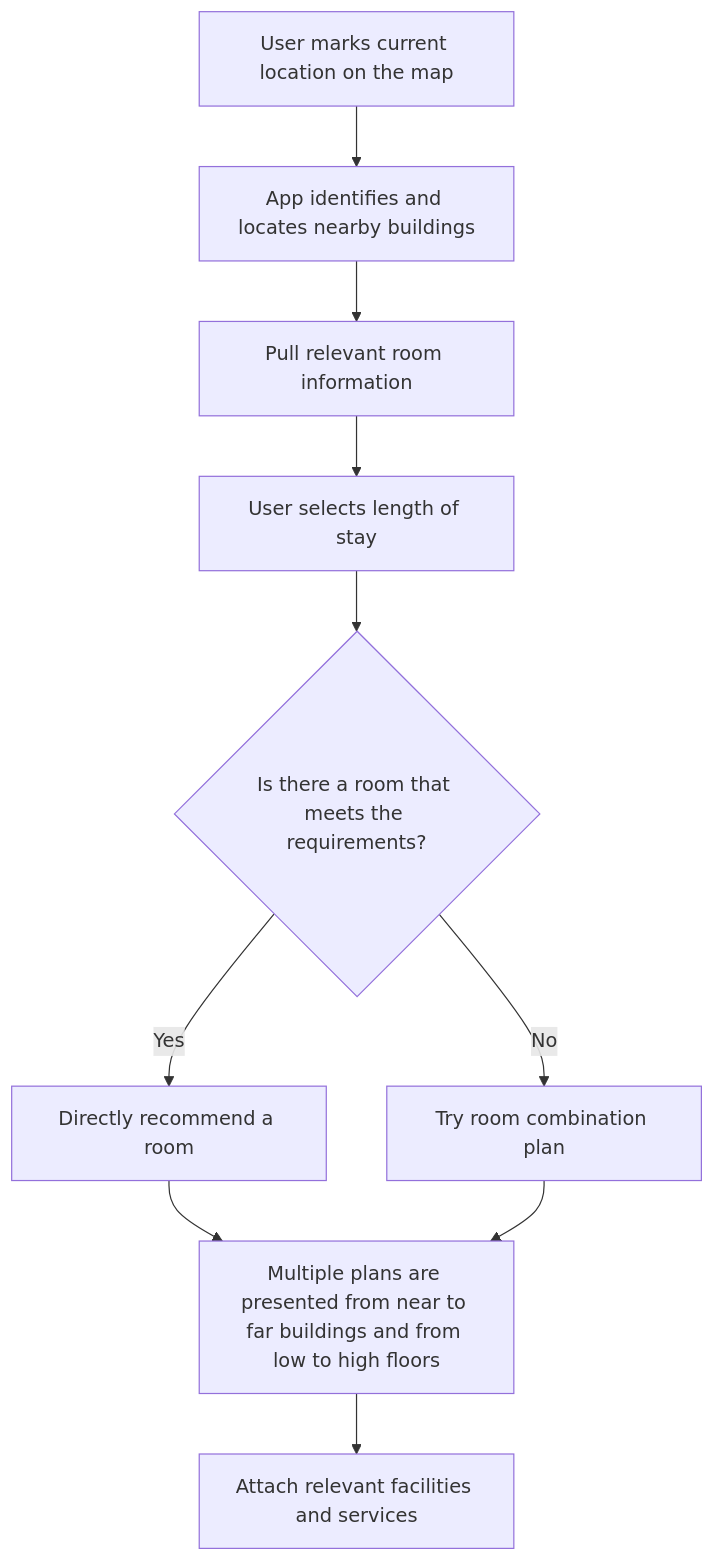
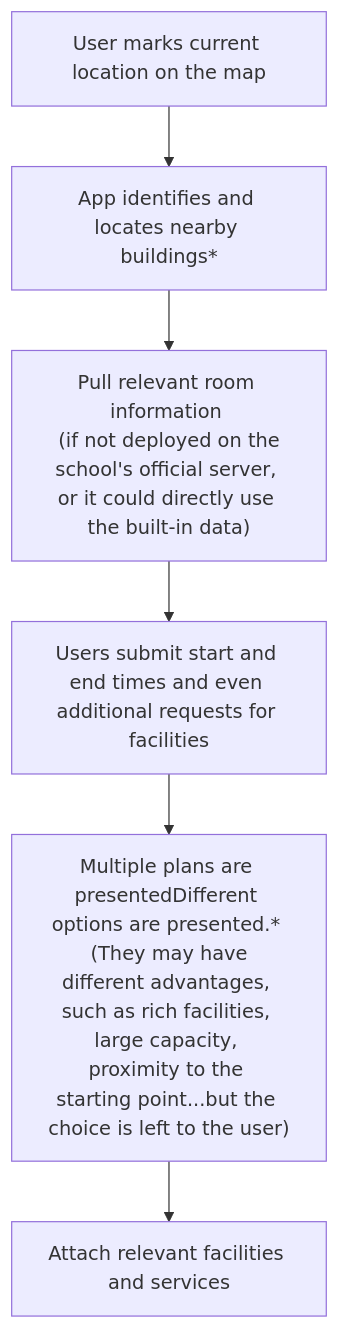
The first of 2 diagrams in README.md (sealeelike/Enjoy-your-seat), drawn with Mermaid before and after one commit. The commit also changed other lines of this file, not shown here.

````diff
--- a/README.md
+++ b/README.md
@@ -12,12 +12,8 @@
 ```mermaid
 flowchart TD
-A[User marks current location on the map] --> B[App identifies and locates nearby buildings]
-B --> C[Pull relevant room information]
-C --> D[User selects length of stay]
-D --> E{Is there a room that meets the requirements?}
-E -- Yes --> F[Directly recommend a room]
-E -- No --> G[Try room combination plan]
-F--> H[Multiple plans are presented from near to far buildings and from low to high floors]
-G --> H
-H --> I[Attach relevant facilities and services]
+A[User marks current location on the map] --> B[App identifies and locates nearby buildings*]
+B --> C[Pull relevant room information <br> #40;if not deployed on the school's official server, or it could directly use the built-in data#41;]
+C --> D[Users submit start and end times and even additional requests for facilities]
+D --> E[Multiple plans are presentedDifferent options are presented.* <br> #40;They may have different advantages, such as rich facilities, large capacity, proximity to the starting point...but the choice is left to the user#41;]
+E --> F[Attach relevant facilities and services]
 ```
````
